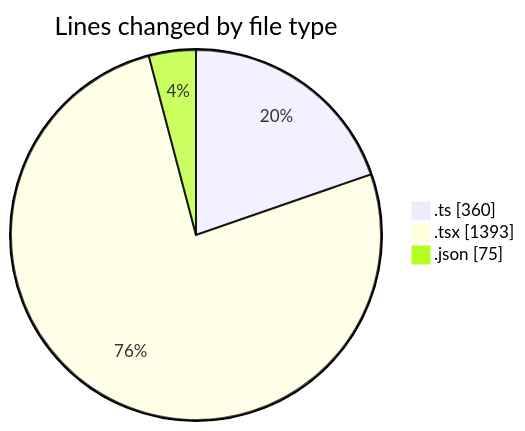
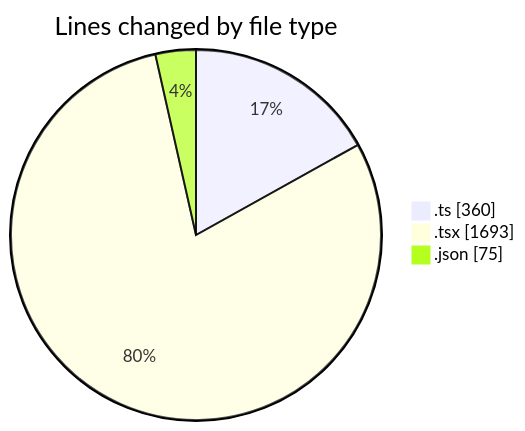
Before and after one commit to robertbonfada/code-tracking: the first of 2 diagrams in 2025-01-27/termonied-web/README.md, drawn with Mermaid. The commit also changed other lines of this file and 1 other file, not shown here.

````diff
--- a/2025-01-27/termonied-web/README.md
+++ b/2025-01-27/termonied-web/README.md
@@ -27,7 +27,7 @@
 ```mermaid
 pie showData
 title Lines changed by file type
 ".ts" : 360
-".tsx" : 1393
+".tsx" : 1693
 ".json" : 75
 ```
````
